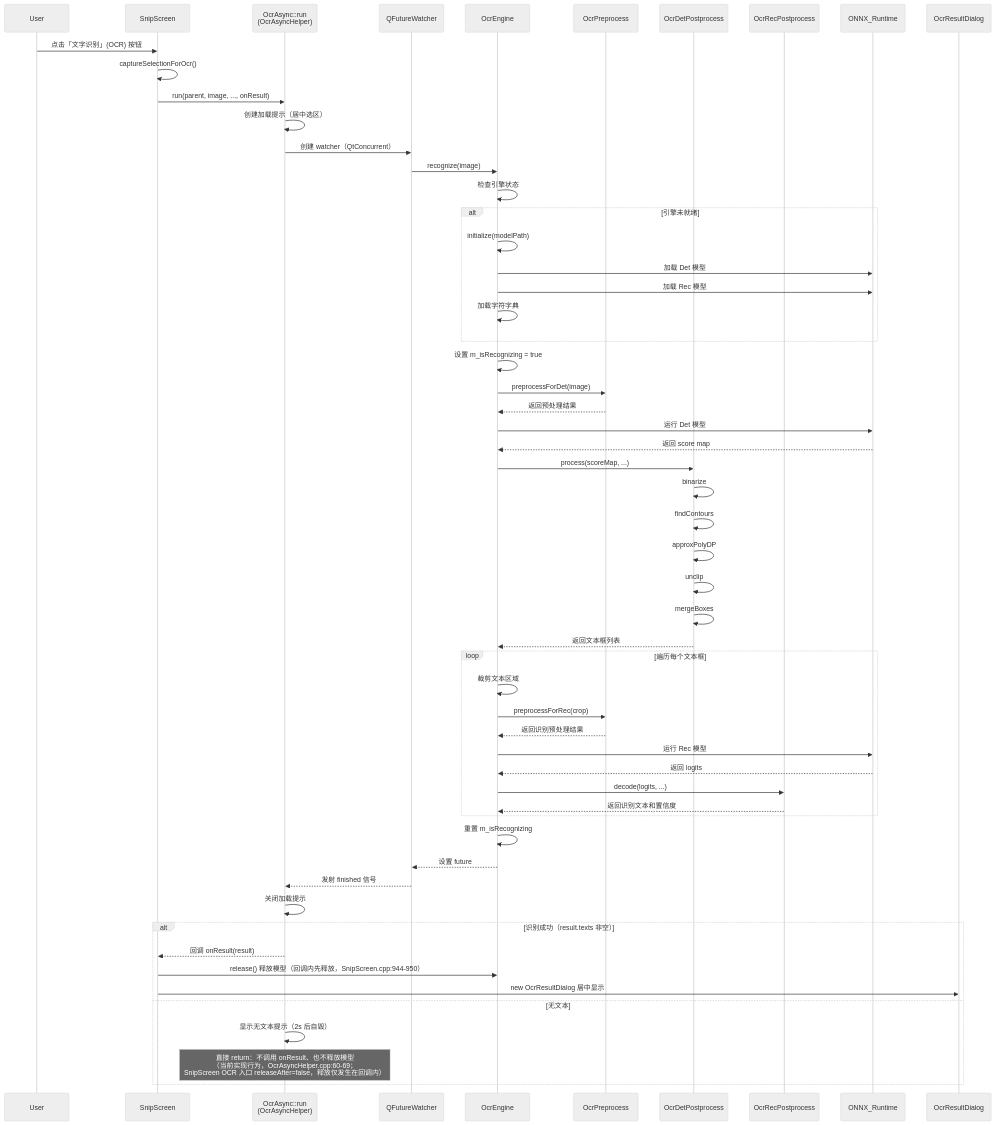
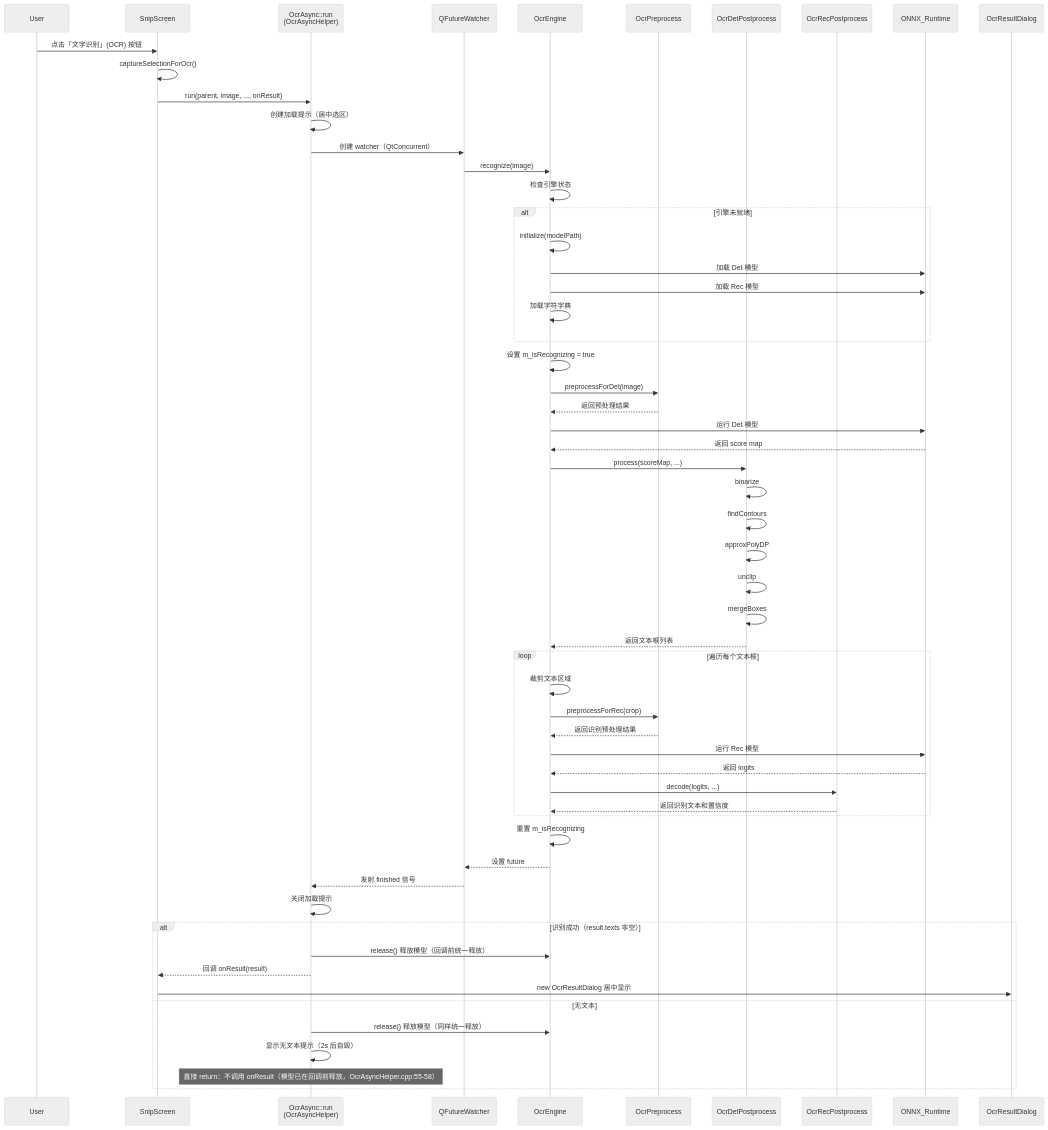
Before and after one commit to ChiangyangNPU/quick-shot: the eighth of 11 diagrams in docs/ocr.md, drawn with Mermaid (neutral theme). The commit also changed other lines of this file and 8 other files, not shown here.

Commit message:
fix(ocr): OCR 识别结束后统一释放模型，移除 releaseAfter 常驻策略

````diff
--- a/docs/ocr.md
+++ b/docs/ocr.md
@@ -514,68 +514,69 @@
 ```mermaid
 sequenceDiagram
     participant User
     participant SnipScreen
     participant OcrAsync as OcrAsync::run<br/>(OcrAsyncHelper)
     participant QFutureWatcher
     participant OcrEngine
     participant OcrPreprocess
     participant OcrDetPostprocess
     participant OcrRecPostprocess
     participant ONNX_Runtime
     participant OcrResultDialog
 
     User->>SnipScreen: 点击「文字识别」(OCR) 按钮
     SnipScreen->>SnipScreen: captureSelectionForOcr()
     SnipScreen->>OcrAsync: run(parent, image, ..., onResult)
     OcrAsync->>OcrAsync: 创建加载提示（居中选区）
     OcrAsync->>QFutureWatcher: 创建 watcher（QtConcurrent）
     QFutureWatcher->>OcrEngine: recognize(image)
     
     OcrEngine->>OcrEngine: 检查引擎状态
     alt 引擎未就绪
         OcrEngine->>OcrEngine: initialize(modelPath)
         OcrEngine->>ONNX_Runtime: 加载 Det 模型
         OcrEngine->>ONNX_Runtime: 加载 Rec 模型
         OcrEngine->>OcrEngine: 加载字符字典
     end
     
     OcrEngine->>OcrEngine: 设置 m_isRecognizing = true
     OcrEngine->>OcrPreprocess: preprocessForDet(image)
     OcrPreprocess-->>OcrEngine: 返回预处理结果
     
     OcrEngine->>ONNX_Runtime: 运行 Det 模型
     ONNX_Runtime-->>OcrEngine: 返回 score map
     
     OcrEngine->>OcrDetPostprocess: process(scoreMap, ...)
     OcrDetPostprocess->>OcrDetPostprocess: binarize
     OcrDetPostprocess->>OcrDetPostprocess: findContours
     OcrDetPostprocess->>OcrDetPostprocess: approxPolyDP
     OcrDetPostprocess->>OcrDetPostprocess: unclip
     OcrDetPostprocess->>OcrDetPostprocess: mergeBoxes
     OcrDetPostprocess-->>OcrEngine: 返回文本框列表
     
     loop 遍历每个文本框
         OcrEngine->>OcrEngine: 裁剪文本区域
         OcrEngine->>OcrPreprocess: preprocessForRec(crop)
         OcrPreprocess-->>OcrEngine: 返回识别预处理结果
         OcrEngine->>ONNX_Runtime: 运行 Rec 模型
         ONNX_Runtime-->>OcrEngine: 返回 logits
         OcrEngine->>OcrRecPostprocess: decode(logits, ...)
         OcrRecPostprocess-->>OcrEngine: 返回识别文本和置信度
     end
     
     OcrEngine->>OcrEngine: 重置 m_isRecognizing
     OcrEngine-->>QFutureWatcher: 设置 future
 
     QFutureWatcher-->>OcrAsync: 发射 finished 信号
     OcrAsync->>OcrAsync: 关闭加载提示
 
     alt 识别成功（result.texts 非空）
+        OcrAsync->>OcrEngine: release() 释放模型（回调前统一释放）
         OcrAsync-->>SnipScreen: 回调 onResult(result)
-        SnipScreen->>OcrEngine: release() 释放模型（回调内先释放，SnipScreen.cpp:944-950）
         SnipScreen->>OcrResultDialog: new OcrResultDialog 居中显示
     else 无文本
+        OcrAsync->>OcrEngine: release() 释放模型（同样统一释放）
         OcrAsync->>OcrAsync: 显示无文本提示（2s 后自毁）
-        Note over OcrAsync: 直接 return：不调用 onResult、也不释放模型<br/>（当前实现行为，OcrAsyncHelper.cpp:60-69；<br/>SnipScreen OCR 入口 releaseAfter=false，释放仅发生在回调内）
+        Note over OcrAsync: 直接 return：不调用 onResult（模型已在回调前释放，OcrAsyncHelper.cpp:55-58）
     end
 ```
````
